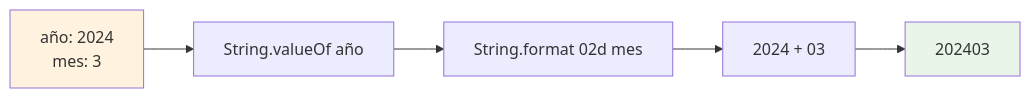
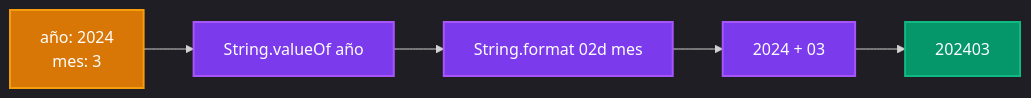
One commit to pybalt/algo2 changed diagram 16 of 19 in tp-final/README_IMPLEMENTACIONES.md. Above: the diagram before and after it, drawn with Mermaid. The commit also changed other lines of this file, not shown here.

Commit message:
Refine README_IMPLEMENTACIONES.md by enhancing dark mode support for mermaid diagrams and improving style consistency across various sections, ensuring better visual clarity.

````diff
--- a/tp-final/README_IMPLEMENTACIONES.md
+++ b/tp-final/README_IMPLEMENTACIONES.md
@@ -322,10 +374,14 @@
 ```mermaid
+%%{init: {'theme':'dark'}}%%
 flowchart LR
     A[año: 2024<br/>mes: 3] --> B[String.valueOf año]
     B --> C[String.format 02d mes]
     C --> D[2024 + 03]
     D --> E[202403]
     
-    style A fill:#fff3e0
-    style E fill:#e8f5e8
+    style A fill:#d97706,stroke:#f59e0b,stroke-width:2px,color:#fff
+    style B fill:#7c3aed,stroke:#a855f7,stroke-width:2px,color:#fff
+    style C fill:#7c3aed,stroke:#a855f7,stroke-width:2px,color:#fff
+    style D fill:#7c3aed,stroke:#a855f7,stroke-width:2px,color:#fff
+    style E fill:#059669,stroke:#10b981,stroke-width:2px,color:#fff
 ```
````
